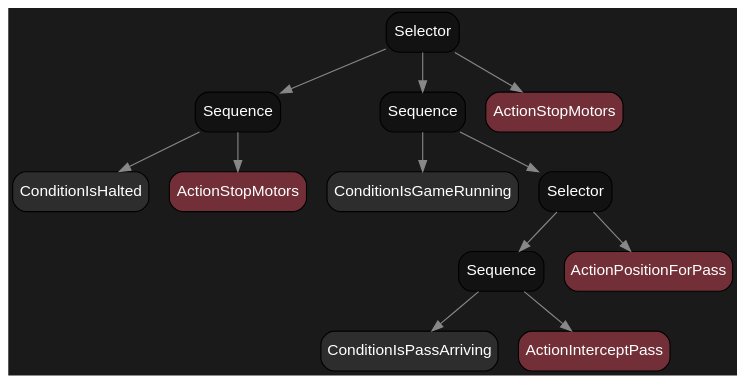
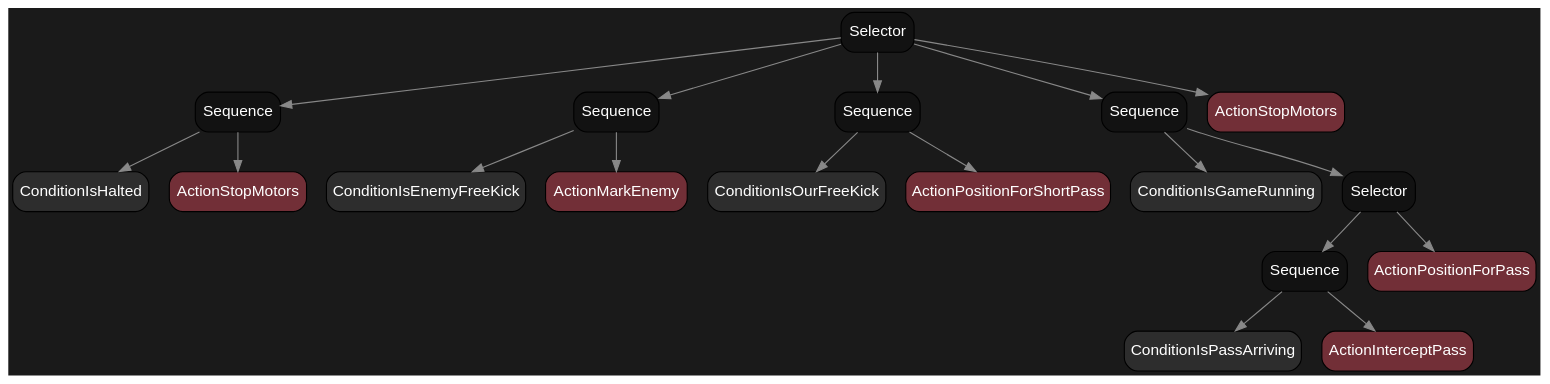
The diagram in diagramas/mapa_arvore_atacante_apoio.dot (Danielgmichels/labind-ssl-ai), drawn with Graphviz before and after one commit. The commit also changed 24 other files, not shown here.

```diff
--- a/diagramas/mapa_arvore_atacante_apoio.dot
+++ b/diagramas/mapa_arvore_atacante_apoio.dot
@@ -1,27 +1,39 @@
 digraph BehaviorTree {
     bgcolor="#1a1a1a";
     node [shape=box, style="filled,rounded", fontname="Arial", color="#000000", penwidth=1];
-    "140678237082992" [label="Selector", fillcolor="#121212", fontcolor="white"];
-    "140678237082992" -> "140678237082848" [color="#888888"];
-    "140678237082848" [label="Sequence", fillcolor="#121212", fontcolor="white"];
-    "140678237082848" -> "140678237078048" [color="#888888"];
-    "140678237078048" [label="ConditionIsHalted", fillcolor="#2d2d2d", fontcolor="white"];
-    "140678237082848" -> "140678237082800" [color="#888888"];
-    "140678237082800" [label="ActionStopMotors", fillcolor="#722F37", fontcolor="white"];
-    "140678237082992" -> "140678237077856" [color="#888888"];
-    "140678237077856" [label="Sequence", fillcolor="#121212", fontcolor="white"];
-    "140678237077856" -> "140678237077664" [color="#888888"];
-    "140678237077664" [label="ConditionIsGameRunning", fillcolor="#2d2d2d", fontcolor="white"];
-    "140678237077856" -> "140678237077952" [color="#888888"];
-    "140678237077952" [label="Selector", fillcolor="#121212", fontcolor="white"];
-    "140678237077952" -> "140678237077760" [color="#888888"];
-    "140678237077760" [label="Sequence", fillcolor="#121212", fontcolor="white"];
-    "140678237077760" -> "140678237078096" [color="#888888"];
-    "140678237078096" [label="ConditionIsPassArriving", fillcolor="#2d2d2d", fontcolor="white"];
-    "140678237077760" -> "140678237078144" [color="#888888"];
-    "140678237078144" [label="ActionInterceptPass", fillcolor="#722F37", fontcolor="white"];
-    "140678237077952" -> "140678237077712" [color="#888888"];
-    "140678237077712" [label="ActionPositionForPass", fillcolor="#722F37", fontcolor="white"];
-    "140678237082992" -> "140678237082944" [color="#888888"];
-    "140678237082944" [label="ActionStopMotors", fillcolor="#722F37", fontcolor="white"];
+    "139761341450128" [label="Selector", fillcolor="#121212", fontcolor="white"];
+    "139761341450128" -> "139761341375888" [color="#888888"];
+    "139761341375888" [label="Sequence", fillcolor="#121212", fontcolor="white"];
+    "139761341375888" -> "139761341375600" [color="#888888"];
+    "139761341375600" [label="ConditionIsHalted", fillcolor="#2d2d2d", fontcolor="white"];
+    "139761341375888" -> "139761341375840" [color="#888888"];
+    "139761341375840" [label="ActionStopMotors", fillcolor="#722F37", fontcolor="white"];
+    "139761341450128" -> "139761341449696" [color="#888888"];
+    "139761341449696" [label="Sequence", fillcolor="#121212", fontcolor="white"];
+    "139761341449696" -> "139761341375792" [color="#888888"];
+    "139761341375792" [label="ConditionIsEnemyFreeKick", fillcolor="#2d2d2d", fontcolor="white"];
+    "139761341449696" -> "139761341375936" [color="#888888"];
+    "139761341375936" [label="ActionMarkEnemy", fillcolor="#722F37", fontcolor="white"];
+    "139761341450128" -> "139761341449936" [color="#888888"];
+    "139761341449936" [label="Sequence", fillcolor="#121212", fontcolor="white"];
+    "139761341449936" -> "139761341449792" [color="#888888"];
+    "139761341449792" [label="ConditionIsOurFreeKick", fillcolor="#2d2d2d", fontcolor="white"];
+    "139761341449936" -> "139761341449840" [color="#888888"];
+    "139761341449840" [label="ActionPositionForShortPass", fillcolor="#722F37", fontcolor="white"];
+    "139761341450128" -> "139761341375504" [color="#888888"];
+    "139761341375504" [label="Sequence", fillcolor="#121212", fontcolor="white"];
+    "139761341375504" -> "139761341375312" [color="#888888"];
+    "139761341375312" [label="ConditionIsGameRunning", fillcolor="#2d2d2d", fontcolor="white"];
+    "139761341375504" -> "139761341375648" [color="#888888"];
+    "139761341375648" [label="Selector", fillcolor="#121212", fontcolor="white"];
+    "139761341375648" -> "139761341375408" [color="#888888"];
+    "139761341375408" [label="Sequence", fillcolor="#121212", fontcolor="white"];
+    "139761341375408" -> "139761341375984" [color="#888888"];
+    "139761341375984" [label="ConditionIsPassArriving", fillcolor="#2d2d2d", fontcolor="white"];
+    "139761341375408" -> "139761341376032" [color="#888888"];
+    "139761341376032" [label="ActionInterceptPass", fillcolor="#722F37", fontcolor="white"];
+    "139761341375648" -> "139761341375360" [color="#888888"];
+    "139761341375360" [label="ActionPositionForPass", fillcolor="#722F37", fontcolor="white"];
+    "139761341450128" -> "139761341450032" [color="#888888"];
+    "139761341450032" [label="ActionStopMotors", fillcolor="#722F37", fontcolor="white"];
 }
```
